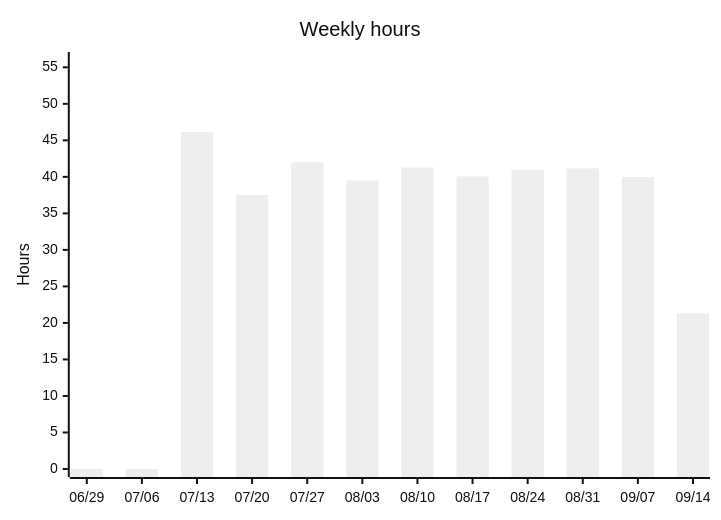
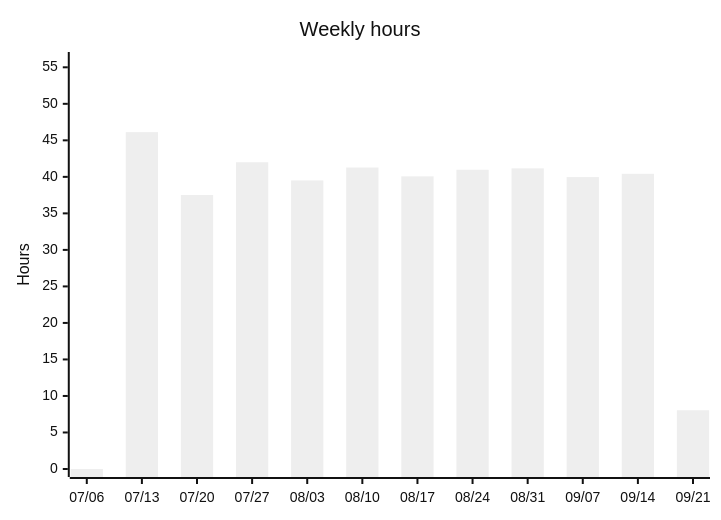
The third of 5 diagrams in README.org (albinforsberg-netizen/timeclock), drawn with Mermaid (neutral theme) before and after one commit. The commit also changed other lines of this file, not shown here.

```diff
--- a/README.org
+++ b/README.org
@@ -110,7 +110,7 @@
 #+begin_src mermaid
 xychart-beta
     title "Weekly hours"
-    x-axis ["06/29", "07/06", "07/13", "07/20", "07/27", "08/03", "08/10", "08/17", "08/24", "08/31", "09/07", "09/14"]
+    x-axis ["07/06", "07/13", "07/20", "07/27", "08/03", "08/10", "08/17", "08/24", "08/31", "09/07", "09/14", "09/21"]
     y-axis "Hours" 0 --> 56
-    bar [0.00, 0.00, 46.12, 37.52, 42.00, 39.51, 41.28, 40.07, 40.97, 41.16, 39.97, 21.32]
+    bar [0.00, 46.12, 37.52, 42.00, 39.51, 41.28, 40.07, 40.97, 41.16, 39.97, 40.42, 8.04]
 #+end_src
```
